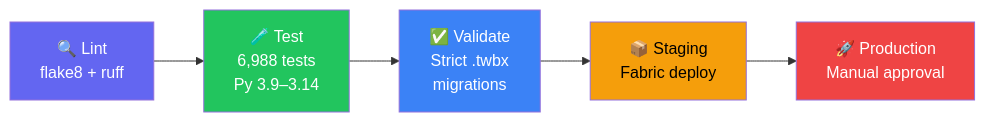
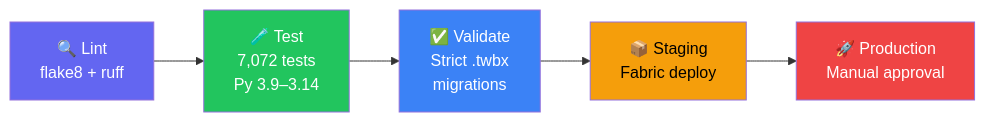
Before and after one commit to cyphou/Tableau-To-PowerBI: the fifth of 5 diagrams in README.md, drawn with Mermaid. The commit also changed other lines of this file and 8 other files, not shown here.

````diff
--- a/README.md
+++ b/README.md
@@ -846,13 +846,13 @@
 ```mermaid
 flowchart LR
-    L["🔍 Lint\nflake8 + ruff"] --> T["🧪 Test\n6,988 tests\nPy 3.9–3.14"]
+    L["🔍 Lint\nflake8 + ruff"] --> T["🧪 Test\n7,072 tests\nPy 3.9–3.14"]
     T --> V["✅ Validate\nStrict .twbx\nmigrations"]
     V --> S["📦 Staging\nFabric deploy"]
     S --> P["🚀 Production\nManual approval"]
     
     style L fill:#6366f1,color:#fff
     style T fill:#22c55e,color:#fff
     style V fill:#3b82f6,color:#fff
     style S fill:#f59e0b,color:#000
     style P fill:#ef4444,color:#fff
 ```
````
